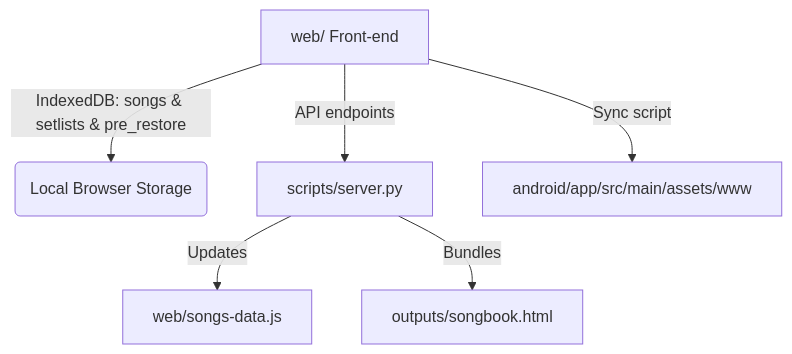
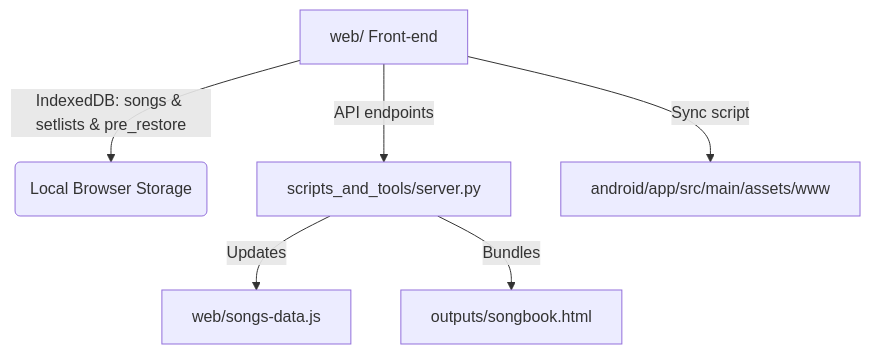
The diagram in README.md (ohadmanor/songbook), drawn with Mermaid before and after one commit. The commit also changed other lines of this file and 19 other files, not shown here.

````diff
--- a/README.md
+++ b/README.md
@@ -35,8 +35,8 @@
 ```mermaid
 graph TD
     A[web/ Front-end] -->|IndexedDB: songs & setlists & pre_restore| B(Local Browser Storage)
-    A -->|API endpoints| C[scripts/server.py]
+    A -->|API endpoints| C[scripts_and_tools/server.py]
     C -->|Updates| D[web/songs-data.js]
     C -->|Bundles| E[outputs/songbook.html]
     A -->|Sync script| F[android/app/src/main/assets/www]
 ```
````
